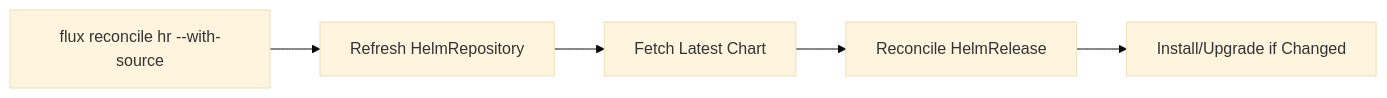
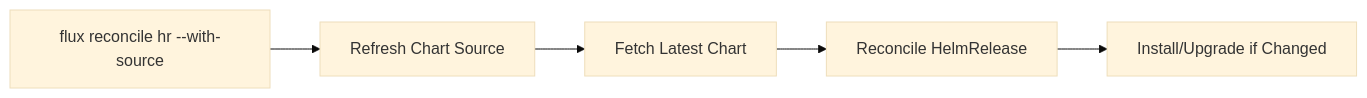
The first of 2 diagrams in posts/2026-03-05-force-reconcile-helmrelease-flux/README.md (OneUptime/blog), drawn with Mermaid (base theme) before and after one commit. The commit also changed other lines of this file and 2 other files, not shown here.

Commit message:
validate: 2026-03-05-force-reconcile-helmrelease-flux

````diff
--- a/posts/2026-03-05-force-reconcile-helmrelease-flux/README.md
+++ b/posts/2026-03-05-force-reconcile-helmrelease-flux/README.md
@@ -44,7 +45,7 @@
 ```mermaid
 graph LR
-    A[flux reconcile hr --with-source] --> B[Refresh HelmRepository]
+    A[flux reconcile hr --with-source] --> B[Refresh Chart Source]
     B --> C[Fetch Latest Chart]
     C --> D[Reconcile HelmRelease]
     D --> E[Install/Upgrade if Changed]
 ```
````
